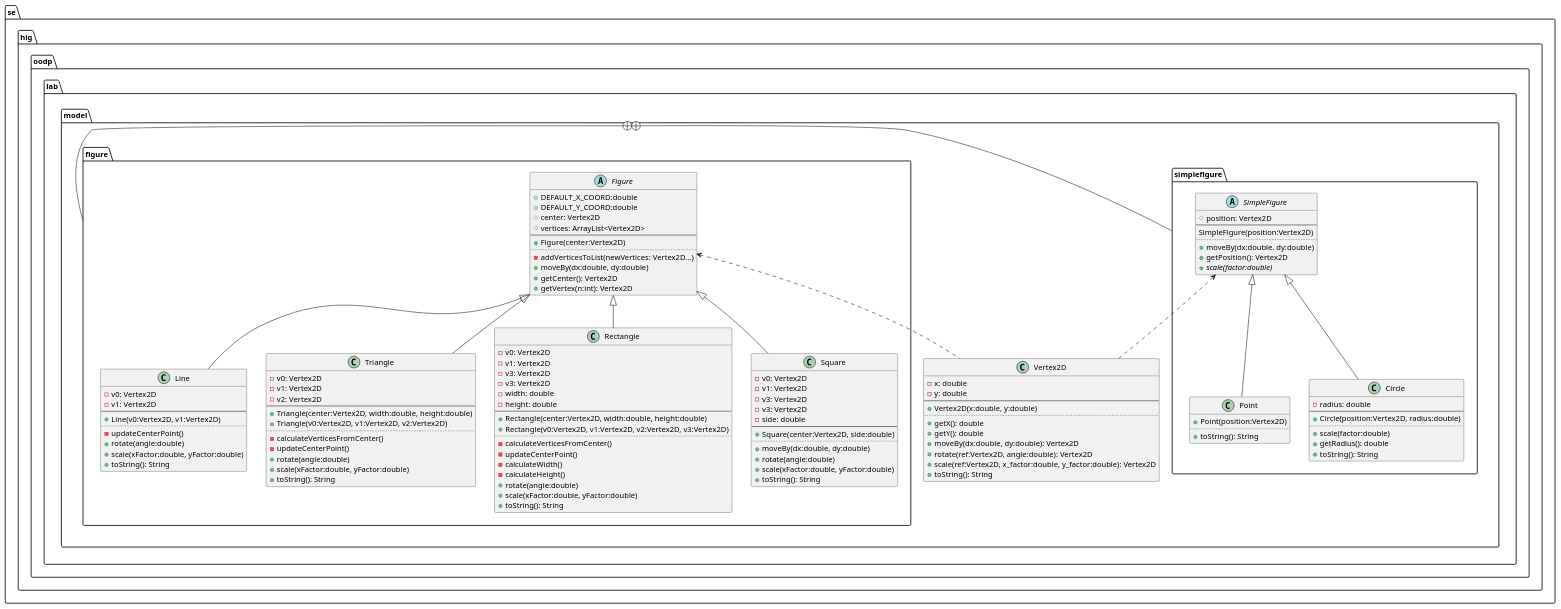
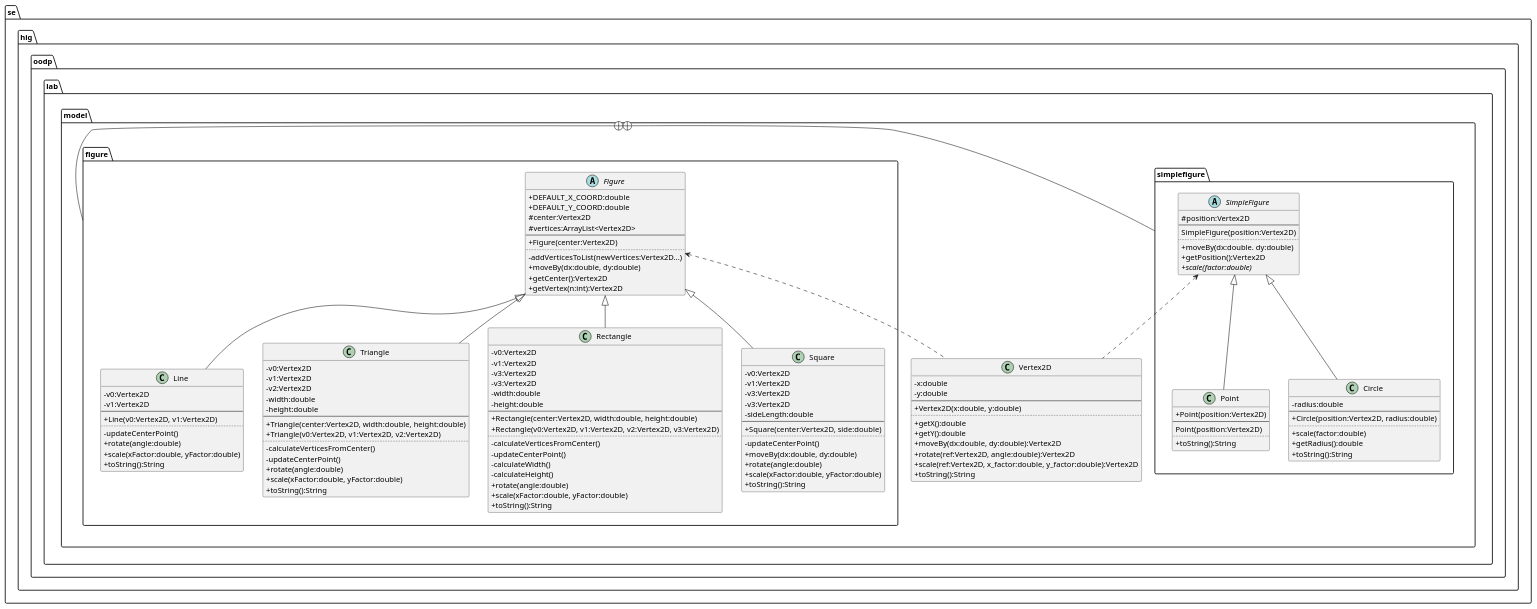
One commit to jonasjberg/DVG303_lab2 changed the diagram in diagram/uppgift2.puml. Above: the diagram before and after it, drawn with PlantUML. The commit also changed 13 other files, not shown here.

```diff
--- a/diagram/uppgift2.puml
+++ b/diagram/uppgift2.puml
@@ -9,166 +9,170 @@
 @startuml
 ' ____________________________________________________________________________
 ' ____ CONFIGURATION OPTIONS __________________________________________________
 ' debug flag creates a 'svek.dot' and 'svek.svg' file in ~/
 !pragma svek_trace on
 
 ' package graphical style
-' skinparam packageStyle folder
+skinparam packageStyle folder
 
 ' don't use symbols to indicate visibility
-' skinparam classAttributeIconsize 0
+skinparam classAttributeIconsize 0
 
 
 ' ____________________________________________________________________________
 ' ____ CLASS DEFINITIONS ______________________________________________________
 package se.hig.oodp.lab.model {
     class Vertex2D {
-        -x: double
-        -y: double
+        -x:double
+        -y:double
         --
         +Vertex2D(x:double, y:double)
         ..
-        +getX(): double
-        +getY(): double
-        +moveBy(dx:double, dy:double): Vertex2D
-        +rotate(ref:Vertex2D, angle:double): Vertex2D
-        +scale(ref:Vertex2D, x_factor:double, y_factor:double): Vertex2D
-        +toString(): String
+        +getX():double
+        +getY():double
+        +moveBy(dx:double, dy:double):Vertex2D
+        +rotate(ref:Vertex2D, angle:double):Vertex2D
+        +scale(ref:Vertex2D, x_factor:double, y_factor:double):Vertex2D
+        +toString():String
     }
 }
 
 package se.hig.oodp.lab.model.simplefigure {
     abstract class SimpleFigure {
-        #position: Vertex2D
+        #position:Vertex2D
         --
         SimpleFigure(position:Vertex2D)
         ..
         +moveBy(dx:double. dy:double)
-        +getPosition(): Vertex2D
+        +getPosition():Vertex2D
         {Abstract}+scale(factor:double)
     }
 
     class Point {
         +Point(position:Vertex2D)
+        --
+        Point(position:Vertex2D)
         ..
-        +toString(): String
+        +toString():String
     }
 
     class Circle {
-        -radius: double
+        -radius:double
         --
         +Circle(position:Vertex2D, radius:double)
         ..
         +scale(factor:double)
-        +getRadius(): double
-        +toString(): String
+        +getRadius():double
+        +toString():String
     }
 }
 
 package se.hig.oodp.lab.model.figure {
-
     abstract class Figure {
         +DEFAULT_X_COORD:double
         +DEFAULT_Y_COORD:double
-        #center: Vertex2D
-        #vertices: ArrayList<Vertex2D>
+        #center:Vertex2D
+        #vertices:ArrayList<Vertex2D>
         --
         +Figure(center:Vertex2D)
         ..
-        -addVerticesToList(newVertices: Vertex2D...)
+        -addVerticesToList(newVertices:Vertex2D...)
         +moveBy(dx:double, dy:double)
-        +getCenter(): Vertex2D
-        +getVertex(n:int): Vertex2D
+        +getCenter():Vertex2D
+        +getVertex(n:int):Vertex2D
     }
 
     class Line {
-        -v0: Vertex2D
-        -v1: Vertex2D
+        -v0:Vertex2D
+        -v1:Vertex2D
         --
         +Line(v0:Vertex2D, v1:Vertex2D)
         ..
         -updateCenterPoint()
         +rotate(angle:double)
         +scale(xFactor:double, yFactor:double)
-        +toString(): String
+        +toString():String
     }
 
     class Triangle {
-        -v0: Vertex2D
-        -v1: Vertex2D
-        -v2: Vertex2D
+        -v0:Vertex2D
+        -v1:Vertex2D
+        -v2:Vertex2D
+        -width:double
+        -height:double
         --
         +Triangle(center:Vertex2D, width:double, height:double)
         +Triangle(v0:Vertex2D, v1:Vertex2D, v2:Vertex2D)
         ..
         -calculateVerticesFromCenter()
         -updateCenterPoint()
         +rotate(angle:double)
         +scale(xFactor:double, yFactor:double)
-        +toString(): String
+        +toString():String
     }
 
     class Rectangle {
-        -v0: Vertex2D
-        -v1: Vertex2D
-        -v3: Vertex2D
-        -v3: Vertex2D
-        -width: double
-        -height: double
+        -v0:Vertex2D
+        -v1:Vertex2D
+        -v3:Vertex2D
+        -v3:Vertex2D
+        -width:double
+        -height:double
         --
         +Rectangle(center:Vertex2D, width:double, height:double)
         +Rectangle(v0:Vertex2D, v1:Vertex2D, v2:Vertex2D, v3:Vertex2D)
         ..
         -calculateVerticesFromCenter()
         -updateCenterPoint()
         -calculateWidth()
         -calculateHeight()
         +rotate(angle:double)
         +scale(xFactor:double, yFactor:double)
-        +toString(): String
+        +toString():String
     }
 
     class Square {
-        -v0: Vertex2D
-        -v1: Vertex2D
-        -v3: Vertex2D
-        -v3: Vertex2D
-        -side: double
+        -v0:Vertex2D
+        -v1:Vertex2D
+        -v3:Vertex2D
+        -v3:Vertex2D
+        -sideLength:double
         --
         +Square(center:Vertex2D, side:double)
         ..
+        -updateCenterPoint()
         +moveBy(dx:double, dy:double)
         +rotate(angle:double)
         +scale(xFactor:double, yFactor:double)
-        +toString(): String
+        +toString():String
     }
 }
 
 
 ' ____________________________________________________________________________
 ' ____ PACKAGE HIERARCHY _____________________________________________________
 se.hig.oodp.lab.model +-- se.hig.oodp.lab.model.figure
 se.hig.oodp.lab.model +-- se.hig.oodp.lab.model.simplefigure
 
 
 ' ____________________________________________________________________________
 ' ____ RELATIONS BETWEEN CLASSES _____________________________________________
 ' <|--      extension
 ' *--       composition
 ' o--       aggregation
 
 Figure <.. Vertex2D
 SimpleFigure <.. Vertex2D
 
 SimpleFigure <|-- Point
 SimpleFigure <|-- Circle
 
 Figure <|-- Line
 Figure <|-- Triangle
 Figure <|-- Rectangle
 Figure <|-- Square
 
 
 
 
 @enduml
```
